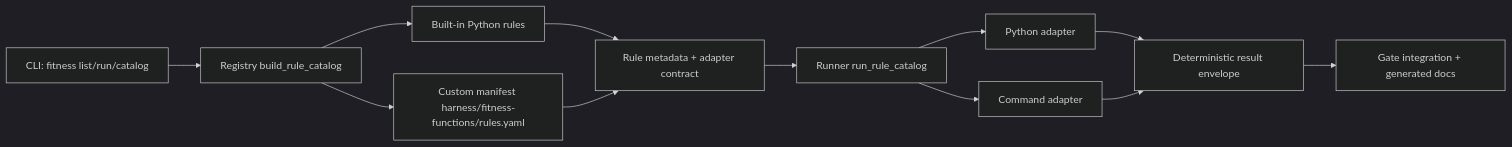
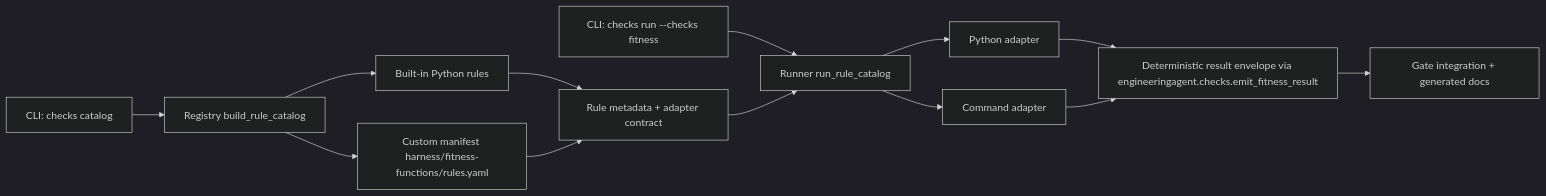
One commit to soetang/engineeringagent changed the diagram in docs/fitness-functions/architecture.md. Above: the diagram before and after it, drawn with Mermaid (dark theme). The commit also changed 36 other files, not shown here.

Commit message:
docs: add FEAT-151 checks fitness emitter ownership and alias removal

````diff
--- a/docs/fitness-functions/architecture.md
+++ b/docs/fitness-functions/architecture.md
@@ -3,14 +3,15 @@
 ```mermaid
 flowchart LR
-    A[CLI: fitness list/run/catalog] --> B[Registry build_rule_catalog]
+    A[CLI: checks catalog] --> B[Registry build_rule_catalog]
+    X[CLI: checks run --checks fitness] --> F[Runner run_rule_catalog]
     B --> C[Built-in Python rules]
     B --> D[Custom manifest harness/fitness-functions/rules.yaml]
     C --> E[Rule metadata + adapter contract]
     D --> E
     E --> F[Runner run_rule_catalog]
     F --> G[Python adapter]
     F --> H[Command adapter]
-    G --> I[Deterministic result envelope]
+    G --> I[Deterministic result envelope via engineeringagent.checks.emit_fitness_result]
     H --> I
     I --> J[Gate integration + generated docs]
 ```
````
